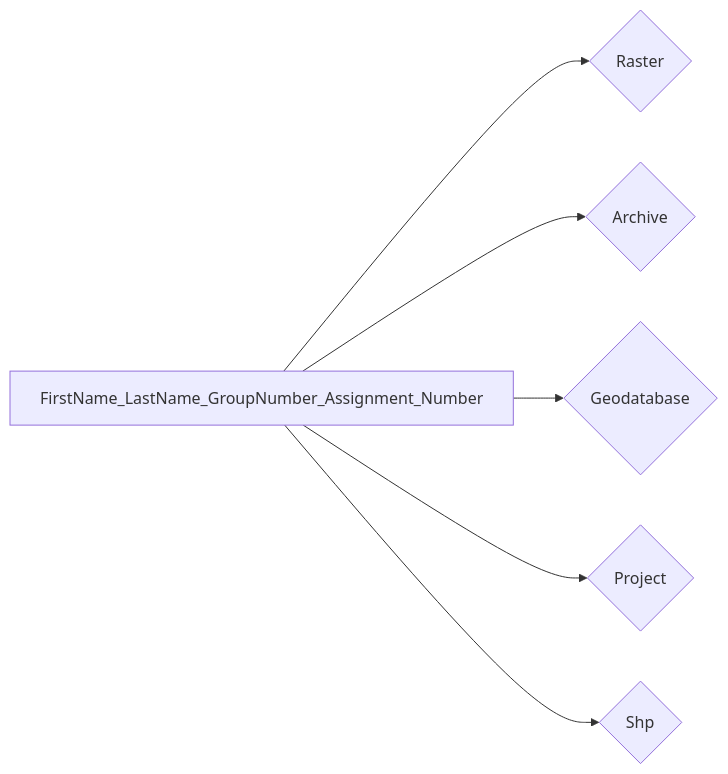
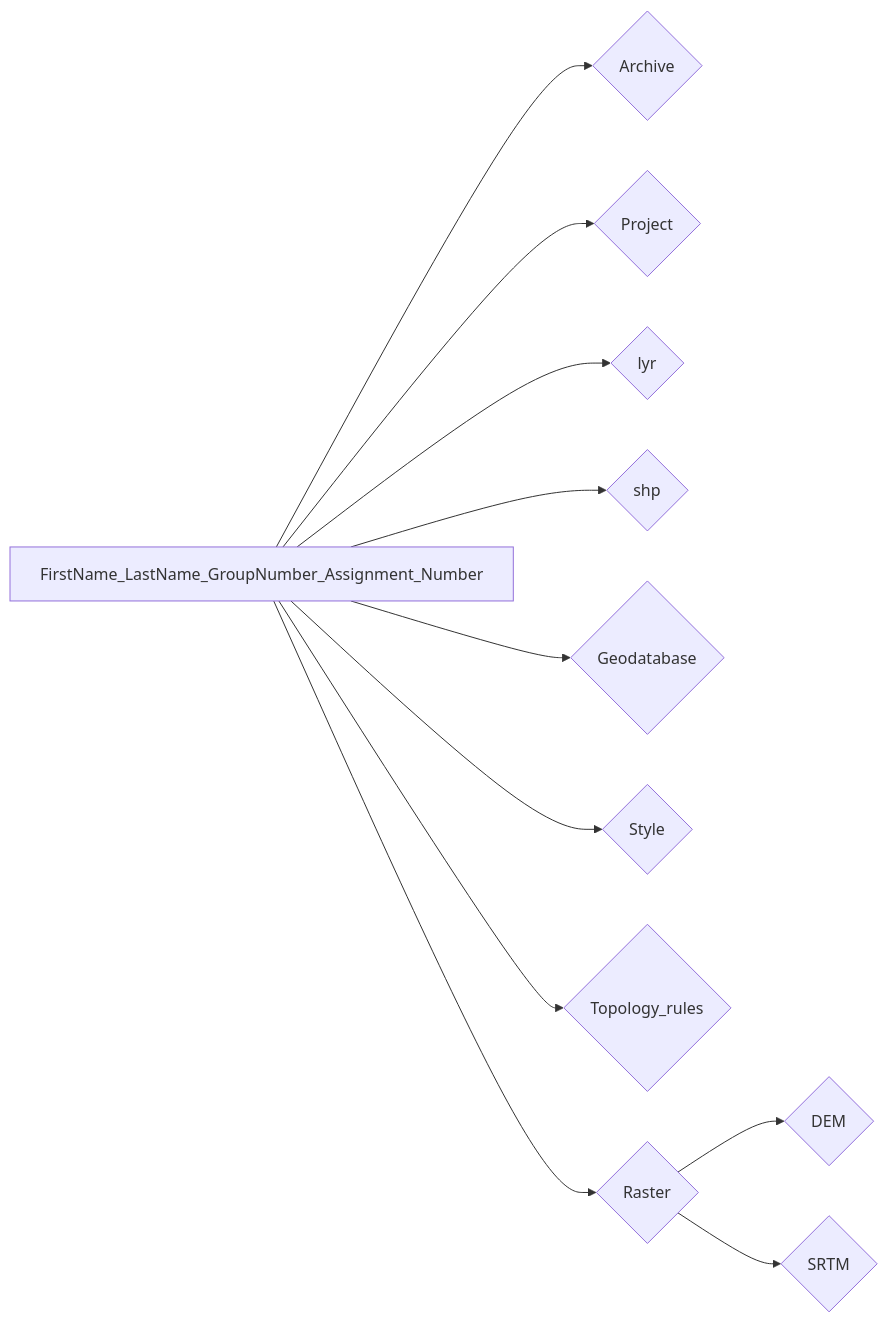
One commit to ezdanapak/GTU-GIS changed the diagram in docs/ICS_GIS/Lab/Hydrological_analysis.md. Above: the diagram before and after it, drawn with Mermaid. The commit also changed other lines of this file and 4 other files, not shown here.

````diff
--- a/docs/ICS_GIS/Lab/Hydrological_analysis.md
+++ b/docs/ICS_GIS/Lab/Hydrological_analysis.md
@@ -64,10 +67,15 @@
 ``` mermaid
 graph LR
-  A[FirstName_LastName_GroupNumber_Assignment_Number] --> B{Raster};
-  A[FirstName_LastName_GroupNumber_Assignment_Number] --> C{Archive};
-  A[FirstName_LastName_GroupNumber_Assignment_Number] --> D{Geodatabase};
-  A[FirstName_LastName_GroupNumber_Assignment_Number] --> E{Project};
-  A[FirstName_LastName_GroupNumber_Assignment_Number] --> F{Shp};
+  A[FirstName_LastName_GroupNumber_Assignment_Number] --> B{Archive};
+  A[FirstName_LastName_GroupNumber_Assignment_Number] --> C{Project};
+  A[FirstName_LastName_GroupNumber_Assignment_Number] --> D{lyr};
+  A[FirstName_LastName_GroupNumber_Assignment_Number] --> E{shp};
+  A[FirstName_LastName_GroupNumber_Assignment_Number] --> F{Geodatabase};
+  A[FirstName_LastName_GroupNumber_Assignment_Number] --> G{Style};
+  A[FirstName_LastName_GroupNumber_Assignment_Number] --> H{Topology_rules};
+  A[FirstName_LastName_GroupNumber_Assignment_Number] --> I{Raster};
+  I --> J{DEM};
+  I --> K{SRTM};
   
  
 ```
````
